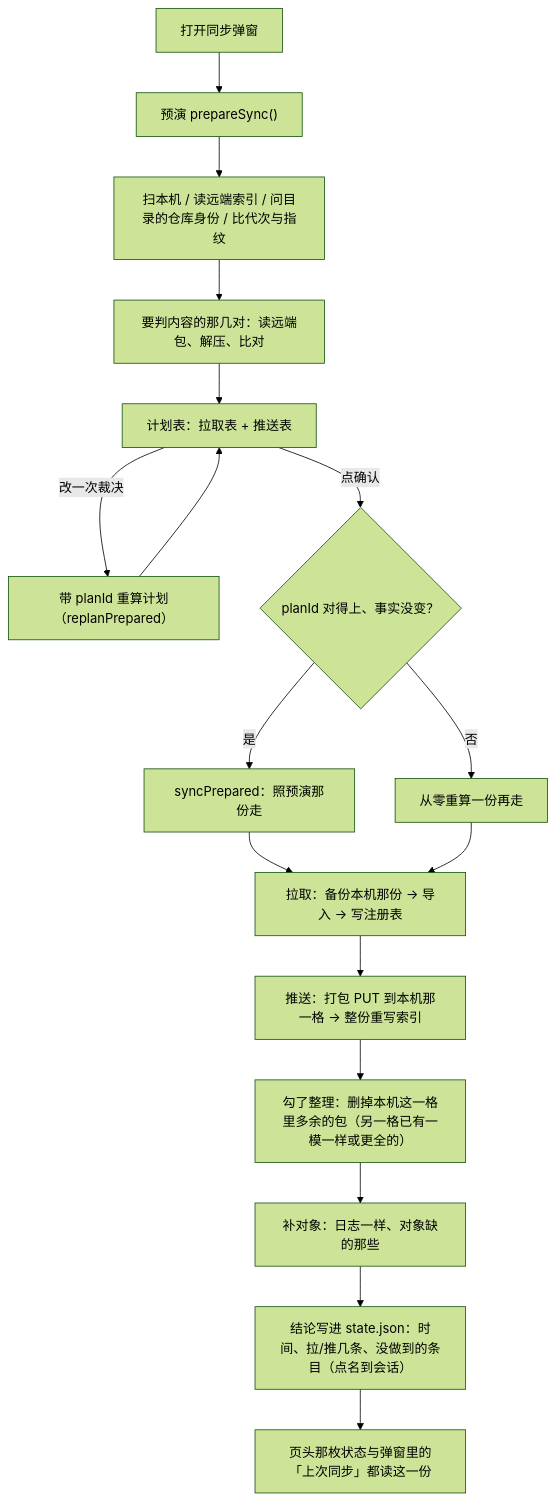
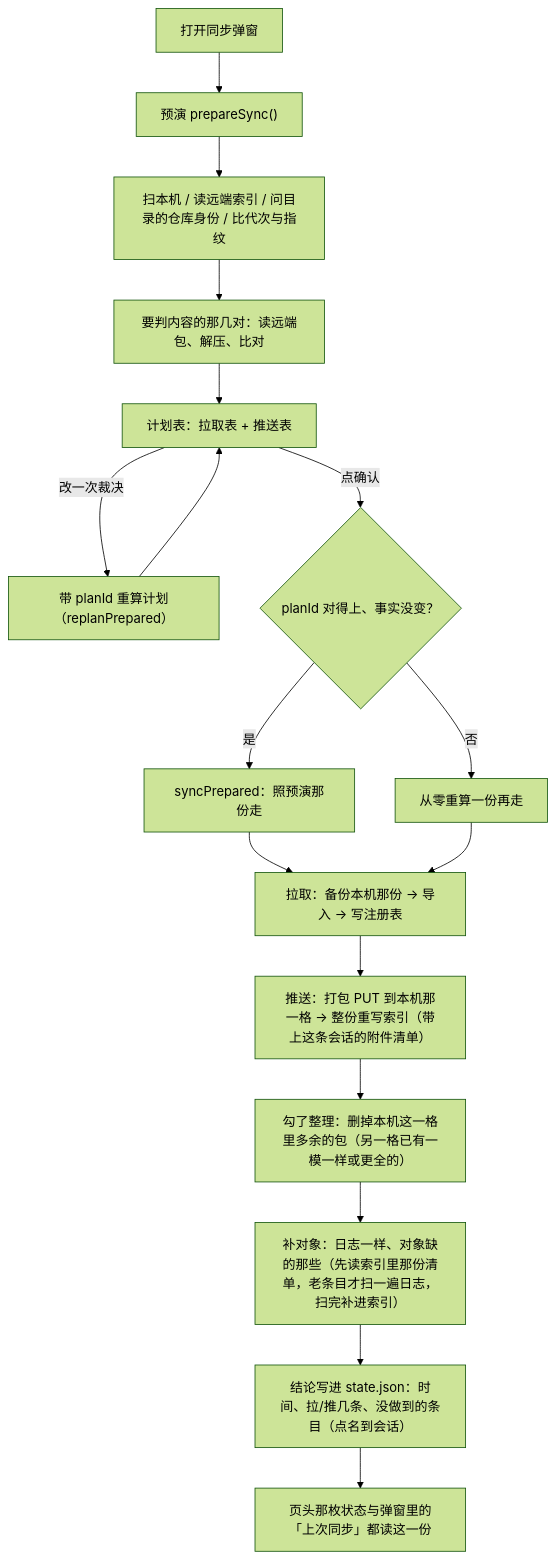
The third of 9 diagrams in docs/flows.md (he0119/dsh-session-manager), drawn with Mermaid (forest theme) before and after one commit. The commit also changed other lines of this file and 13 other files, not shown here.

````diff
--- a/docs/flows.md
+++ b/docs/flows.md
@@ -46,19 +46,19 @@
 ```mermaid
 flowchart TD
   A["打开同步弹窗"] --> B["预演 prepareSync()"]
   B --> B1["扫本机 / 读远端索引 / 问目录的仓库身份 / 比代次与指纹"]
   B1 --> B2["要判内容的那几对：读远端包、解压、比对"]
   B2 --> C["计划表：拉取表 + 推送表"]
   C -->|"改一次裁决"| D["带 planId 重算计划（replanPrepared）"]
   D --> C
   C -->|"点确认"| E{"planId 对得上、事实没变？"}
   E -->|"是"| F["syncPrepared：照预演那份走"]
   E -->|"否"| G["从零重算一份再走"]
   F --> H["拉取：备份本机那份 → 导入 → 写注册表"]
   G --> H
-  H --> I["推送：打包 PUT 到本机那一格 → 整份重写索引"]
+  H --> I["推送：打包 PUT 到本机那一格 → 整份重写索引（带上这条会话的附件清单）"]
   I --> K["勾了整理：删掉本机这一格里多余的包（另一格已有一模一样或更全的）"]
-  K --> J["补对象：日志一样、对象缺的那些"]
+  K --> J["补对象：日志一样、对象缺的那些（先读索引里那份清单，老条目才扫一遍日志，扫完补进索引）"]
   J --> L["结论写进 state.json：时间、拉/推几条、没做到的条目（点名到会话）"]
   L --> M["页头那枚状态与弹窗里的「上次同步」都读这一份"]
 ```
````
